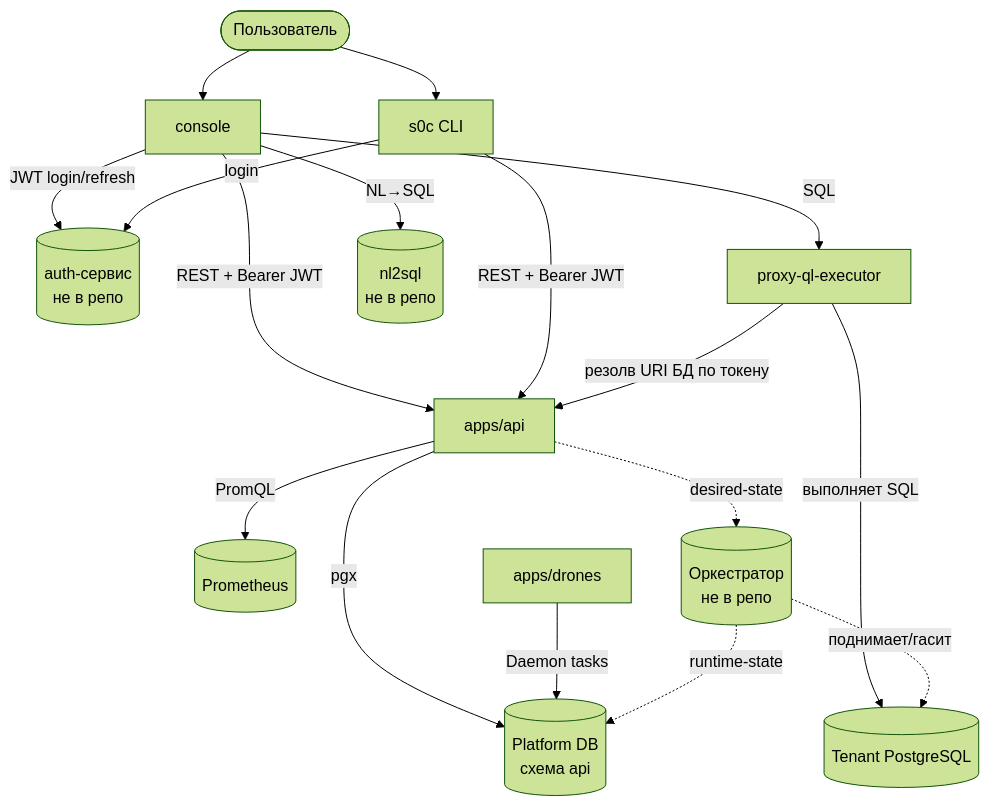
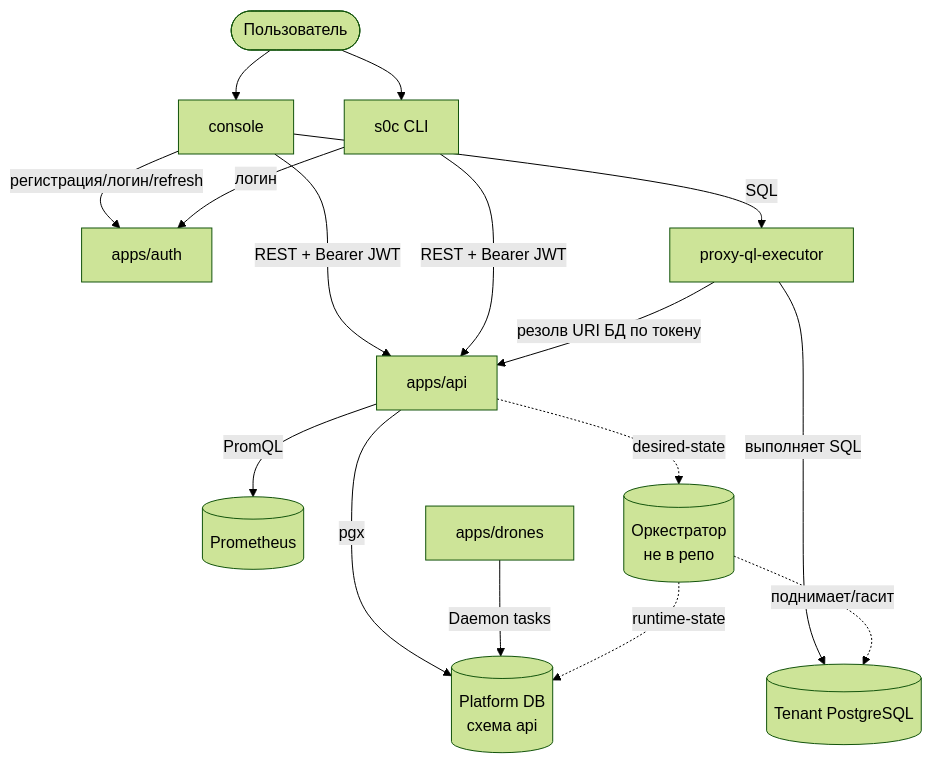
Before and after one commit to sb0rka/sb0rka: the diagram in ARCHITECTURE.md, drawn with Mermaid (forest theme). The commit also changed other lines of this file and 5 other files, not shown here.

Commit message:
docs: убрать упоминания nl2sql, отразить реальный apps/auth в архитектуре

````diff
--- a/ARCHITECTURE.md
+++ b/ARCHITECTURE.md
@@ -33,23 +32,22 @@
 ```mermaid
 flowchart TB
     user([Пользователь])
     user --> console[console]
     user --> s0c[s0c CLI]
 
-    console -- "JWT login/refresh" --> auth[(auth-сервис<br/>не в репо)]
-    s0c -- "login" --> auth
+    console -- "регистрация/логин/refresh" --> auth[apps/auth]
+    s0c -- "логин" --> auth
     console -- "REST + Bearer JWT" --> api[apps/api]
     s0c -- "REST + Bearer JWT" --> api
     console -- "SQL" --> proxy[proxy-ql-executor]
-    console -- "NL→SQL" --> nl2sql[(nl2sql<br/>не в репо)]
 
     api -- "pgx" --> pdb[(Platform DB<br/>схема api)]
     api -- "PromQL" --> prom[(Prometheus)]
     drones[apps/drones] -- "Daemon tasks" --> pdb
     proxy -- "резолв URI БД по токену" --> api
     proxy -- "выполняет SQL" --> tdb[(Tenant PostgreSQL)]
 
     api -. "desired-state" .-> orch[(Оркестратор<br/>не в репо)]
     orch -. "поднимает/гасит" .-> tdb
     orch -. "runtime-state" .-> pdb
 ```
````
